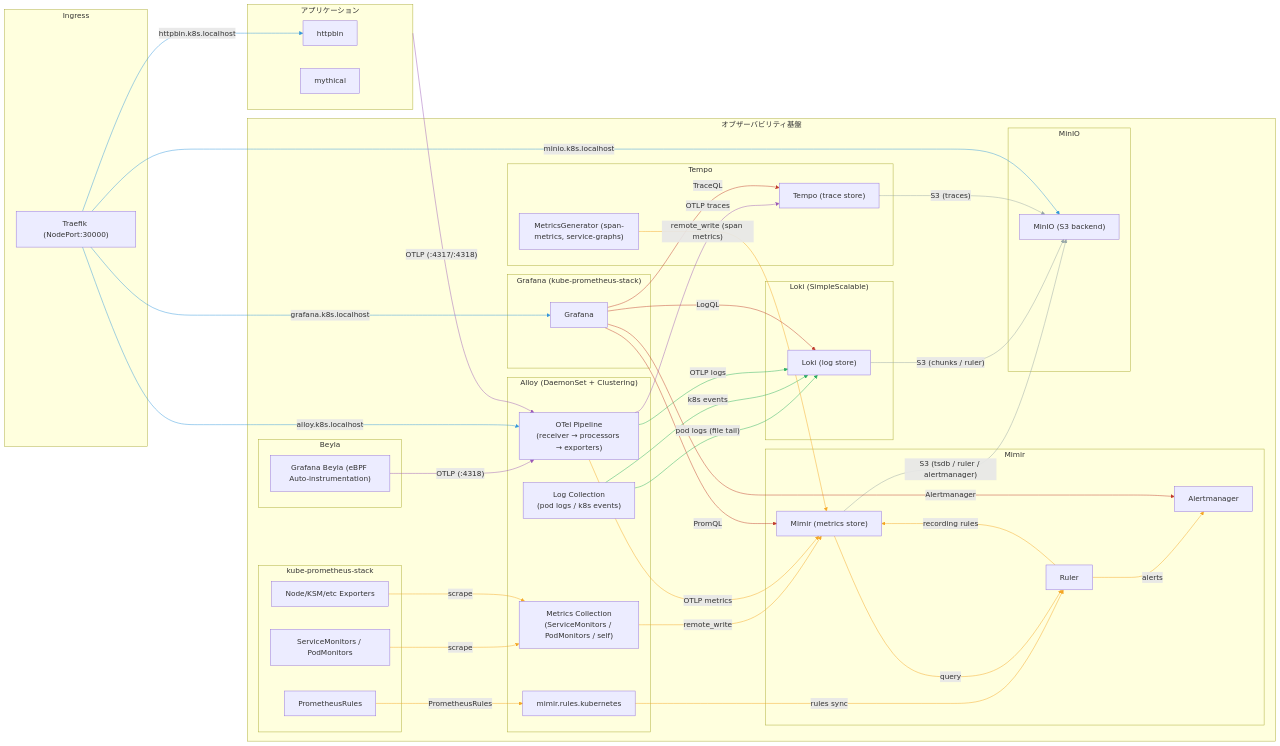
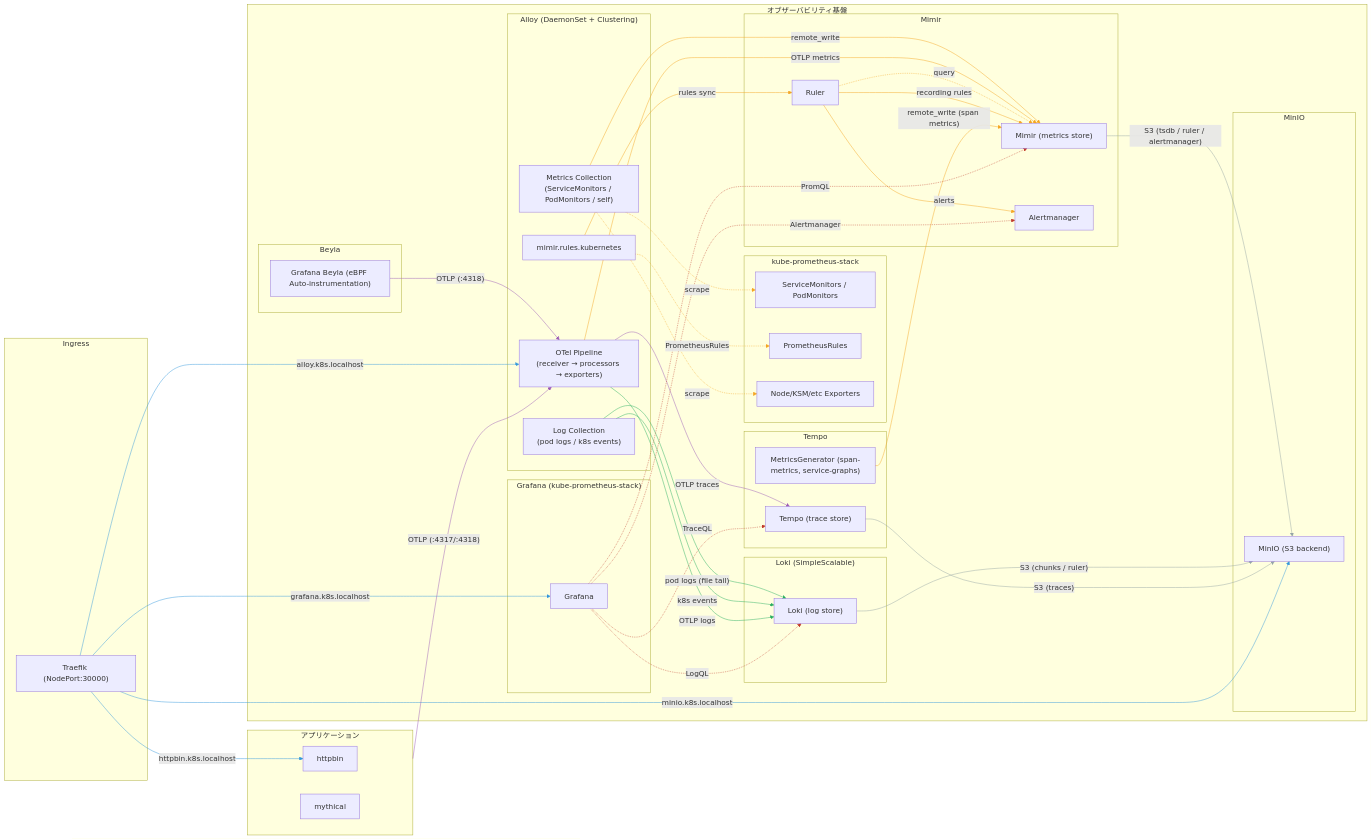
Before and after one commit to buzztaiki/sandbox: the diagram in k8s/alloy-kube-prom-stack/README.md, drawn with Mermaid.

Commit message:
use dashed edges for read/pull and fix arrow directions
scrape, PrometheusRules, query edges are now dashed (-.->)
and oriented from caller to callee, consistent with Grafana datasource arrows.

```diff
--- a/k8s/alloy-kube-prom-stack/README.md
+++ b/k8s/alloy-kube-prom-stack/README.md
@@ -93,9 +93,9 @@
     alloy_rules m2@-->|"rules sync"| mimir_ruler
 
     %% Alloy scrape via CRDs
-    kube_monitors m3@-->|"scrape"| alloy_metrics
-    exporters m4@-->|"scrape"| alloy_metrics
-    kube_rules m7@-->|"PrometheusRules"| alloy_rules
+    alloy_metrics m3@-.->|"scrape"| kube_monitors
+    alloy_metrics m4@-.->|"scrape"| exporters
+    alloy_rules m7@-.->|"PrometheusRules"| kube_rules
 
     %% Alloy -> logs
     alloy_logs l1@-->|"pod logs (file tail)"| loki
@@ -109,7 +109,7 @@
     alloy_otel m6@-->|"OTLP metrics"| mimir
 
     %% Mimir internal: Ruler <-> Mimir, Ruler -> Alertmanager
-    mimir x1@-->|"query"| mimir_ruler
+    mimir_ruler x1@-.->|"query"| mimir
     mimir_ruler x2@-->|"recording rules"| mimir
     mimir_ruler x3@-->|"alerts"| mimir_am
 
@@ -122,10 +122,10 @@
     tempo s3@-->|"S3 (traces)"| minio
 
     %% Grafana datasources
-    grafana r1@-->|"PromQL"| mimir
-    grafana r2@-->|"LogQL"| loki
-    grafana r3@-->|"TraceQL"| tempo
-    grafana r4@-->|"Alertmanager"| mimir_am
+    grafana r1@-.->|"PromQL"| mimir
+    grafana r2@-.->|"LogQL"| loki
+    grafana r3@-.->|"TraceQL"| tempo
+    grafana r4@-.->|"Alertmanager"| mimir_am
 
     %% Ingress
     traefik i1@-->|"grafana.k8s.localhost"| grafana
```
